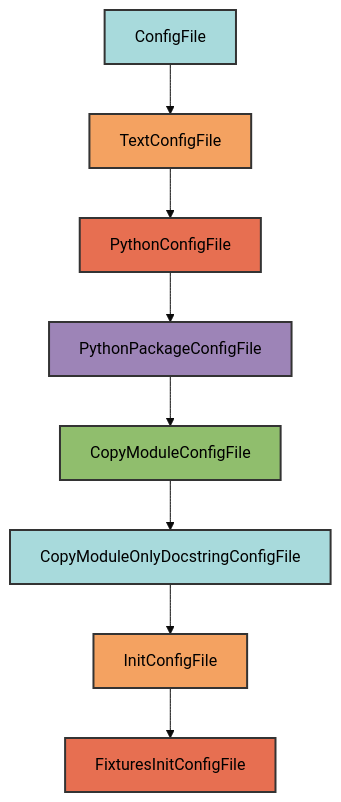
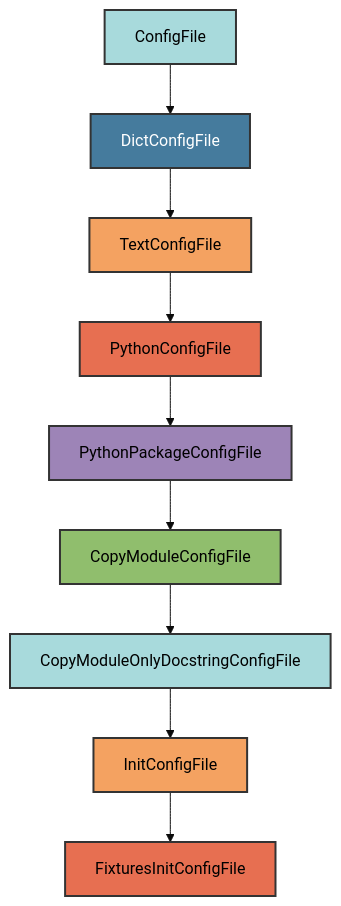
Before and after one commit to Winipedia/pyrig: the diagram in docs/configs/fixtures_init.md, drawn with Mermaid (base theme). The commit also changed other lines of this file and 21 other files, not shown here.

````diff
--- a/docs/configs/fixtures_init.md
+++ b/docs/configs/fixtures_init.md
@@ -16,19 +16,21 @@
 ```mermaid
 graph TD
-    A[ConfigFile] --> B[TextConfigFile]
-    B --> C[PythonConfigFile]
-    C --> D[PythonPackageConfigFile]
-    D --> E[CopyModuleConfigFile]
-    E --> F[CopyModuleOnlyDocstringConfigFile]
-    F --> G[InitConfigFile]
-    G --> H[FixturesInitConfigFile]
+    A[ConfigFile] --> B[DictConfigFile]
+    B --> C[TextConfigFile]
+    C --> D[PythonConfigFile]
+    D --> E[PythonPackageConfigFile]
+    E --> F[CopyModuleConfigFile]
+    F --> G[CopyModuleOnlyDocstringConfigFile]
+    G --> H[InitConfigFile]
+    H --> I[FixturesInitConfigFile]
 
     style A fill:#a8dadc,stroke:#333,stroke-width:2px,color:#000
-    style B fill:#f4a261,stroke:#333,stroke-width:2px,color:#000
-    style C fill:#e76f51,stroke:#333,stroke-width:2px,color:#000
-    style D fill:#9d84b7,stroke:#333,stroke-width:2px,color:#000
-    style E fill:#90be6d,stroke:#333,stroke-width:2px,color:#000
-    style F fill:#a8dadc,stroke:#333,stroke-width:2px,color:#000
-    style G fill:#f4a261,stroke:#333,stroke-width:2px,color:#000
-    style H fill:#e76f51,stroke:#333,stroke-width:2px,color:#000
+    style B fill:#457b9d,stroke:#333,stroke-width:2px,color:#fff
+    style C fill:#f4a261,stroke:#333,stroke-width:2px,color:#000
+    style D fill:#e76f51,stroke:#333,stroke-width:2px,color:#000
+    style E fill:#9d84b7,stroke:#333,stroke-width:2px,color:#000
+    style F fill:#90be6d,stroke:#333,stroke-width:2px,color:#000
+    style G fill:#a8dadc,stroke:#333,stroke-width:2px,color:#000
+    style H fill:#f4a261,stroke:#333,stroke-width:2px,color:#000
+    style I fill:#e76f51,stroke:#333,stroke-width:2px,color:#000
 ```
````
